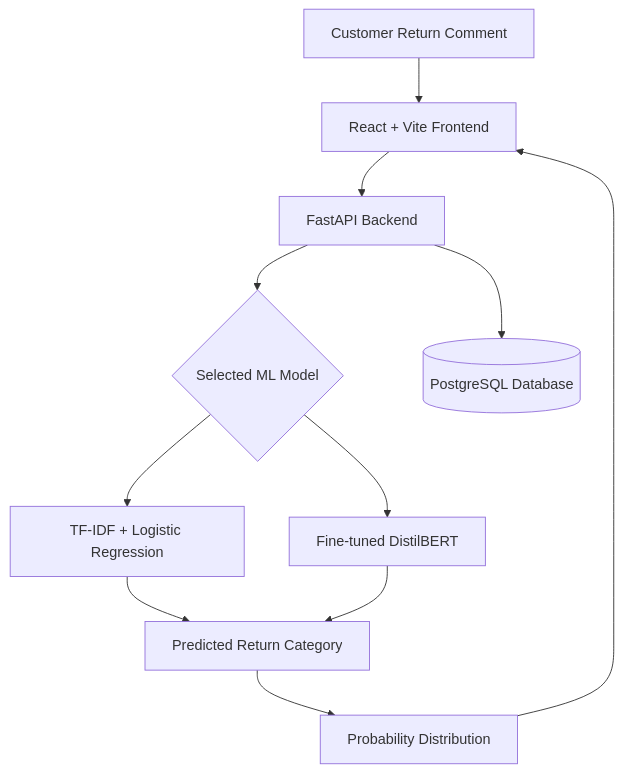
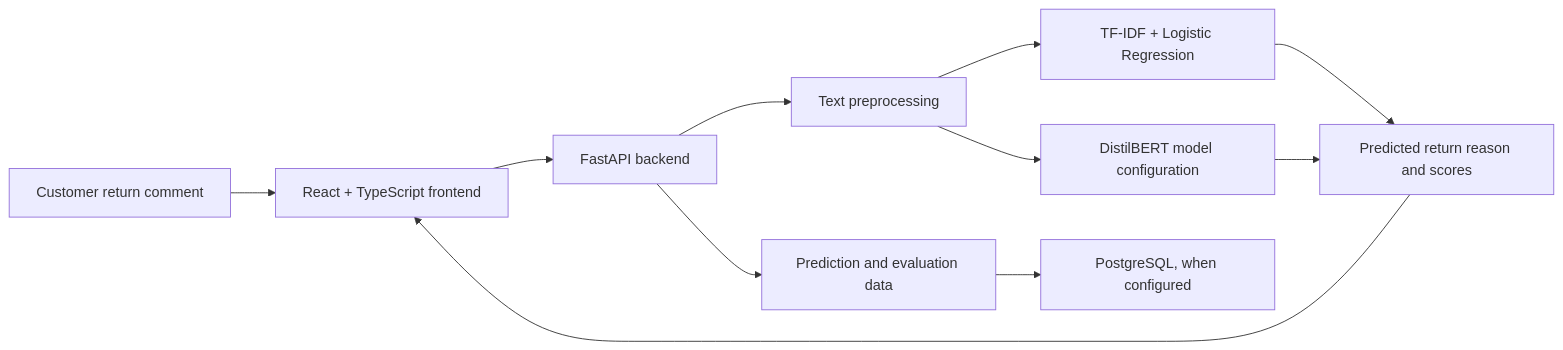
Before and after one commit to Bodigestanley/StanVin_NLP: the diagram in README.md, drawn with Mermaid. The commit also changed other lines of this file and 5 other files, not shown here.

````diff
--- a/README.md
+++ b/README.md
@@ -161,17 +68,13 @@
 ```mermaid
-flowchart TD
-    A["Customer Return Comment"] --> B["React + Vite Frontend"]
-    B --> C["FastAPI Backend"]
-    C --> D{"Selected ML Model"}
-
-    D --> E["TF-IDF + Logistic Regression"]
-    D --> F["Fine-tuned DistilBERT"]
-
-    E --> G["Predicted Return Category"]
+flowchart LR
+    A[Customer return comment] --> B[React + TypeScript frontend]
+    B --> C[FastAPI backend]
+    C --> D[Text preprocessing]
+    D --> E[TF-IDF + Logistic Regression]
+    D --> F[DistilBERT model configuration]
+    E --> G[Predicted return reason and scores]
     F --> G
-
-    G --> H["Probability Distribution"]
-    H --> B
-
-    C --> I[("PostgreSQL Database")]
+    G --> B
+    C --> H[Prediction and evaluation data]
+    H --> I[PostgreSQL, when configured]
 ```
````
